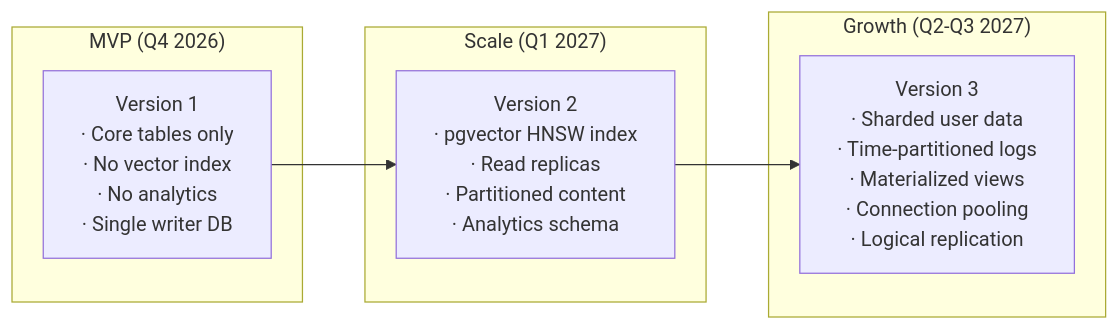
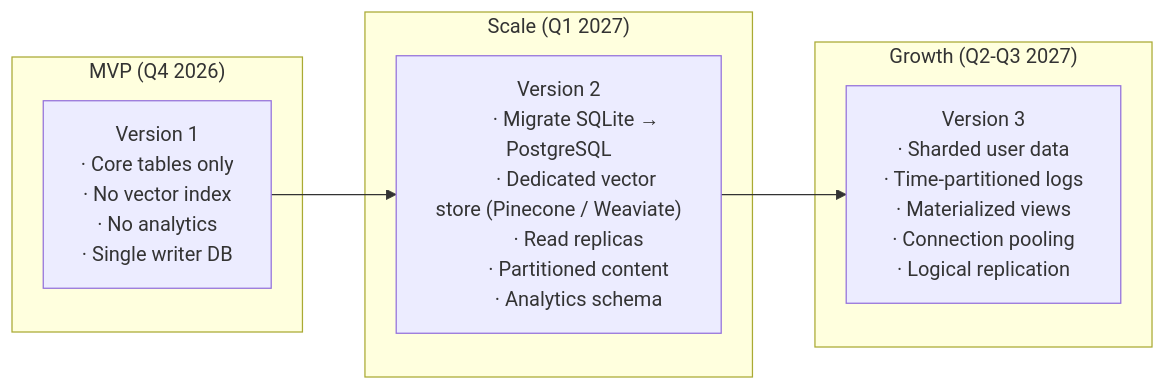
Diagram 14 of 24 in docs/02_SYSTEM_ARCHITECTURE.md (Blacksujit/AI-Brand-OS), drawn with Mermaid before and after one commit. The commit also changed other lines of this file and 18 other files, not shown here.

````diff
--- a/docs/02_SYSTEM_ARCHITECTURE.md
+++ b/docs/02_SYSTEM_ARCHITECTURE.md
@@ -1350,30 +1357,31 @@
 ```mermaid
 flowchart LR
   subgraph PHASE1["MVP (Q4 2026)"]
     V1["Version 1
         · Core tables only
         · No vector index
         · No analytics
         · Single writer DB"]
   end
 
   subgraph PHASE2["Scale (Q1 2027)"]
     V2["Version 2
-        · pgvector HNSW index
+        · Migrate SQLite → PostgreSQL
+        · Dedicated vector store (Pinecone / Weaviate)
         · Read replicas
         · Partitioned content
         · Analytics schema"]
   end
 
   subgraph PHASE3["Growth (Q2-Q3 2027)"]
     V3["Version 3
         · Sharded user data
         · Time-partitioned logs
         · Materialized views
         · Connection pooling
         · Logical replication"]
   end
 
   V1 --> V2
   V2 --> V3
 ```
````
